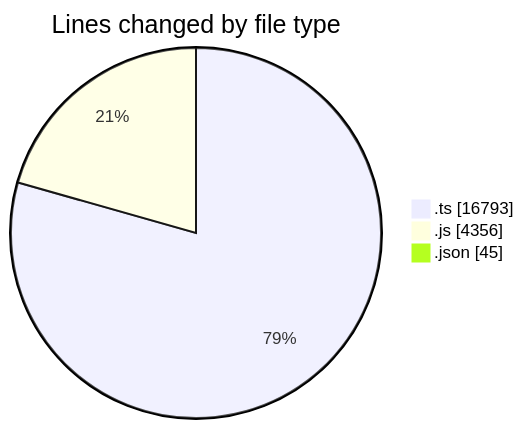
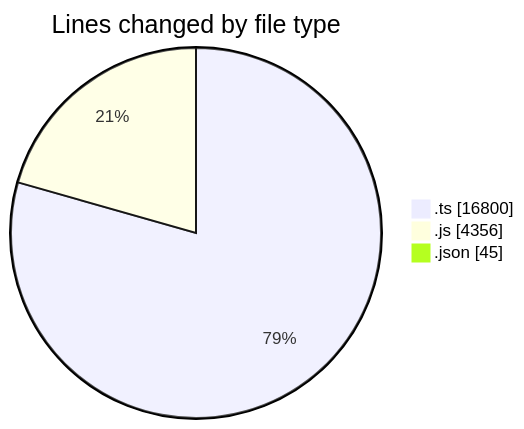
One commit to momahboobian/code-tracking changed the first of 2 diagrams in 2025-07-29/cda/README.md. Above: the diagram before and after it, drawn with Mermaid. The commit also changed other lines of this file and 1 other file, not shown here.

````diff
--- a/2025-07-29/cda/README.md
+++ b/2025-07-29/cda/README.md
@@ -30,7 +30,7 @@
 ```mermaid
 pie showData
 title Lines changed by file type
-".ts" : 16793
+".ts" : 16800
 ".js" : 4356
 ".json" : 45
 ```
````
